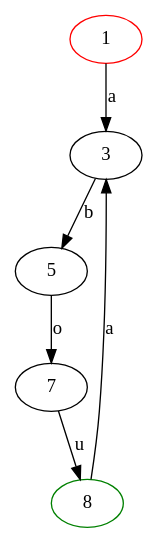
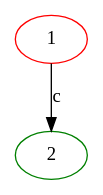
One commit to aboubacardiawara/DAAR changed the diagram in tme1/regex/automate.dot. Above: the diagram before and after it, drawn with Graphviz. The commit also changed 5 other files, not shown here.

```diff
--- a/tme1/regex/automate.dot
+++ b/tme1/regex/automate.dot
@@ -1,10 +1,5 @@
 digraph {
-    1 [color = "red";];
-    1 -> 3 [label = "a";];
-    3 -> 5 [label = "b";];
-    5 -> 7 [label = "o";];
-    8 [color = "green";];
-    7 -> 8 [label = "u";];
-    8 [color = "green";];
-    8 -> 3 [label = "a";];
+	1 [color="red"]
+	1 -> 2 [label="c"]
+	2 [color="green"]
 }
```
